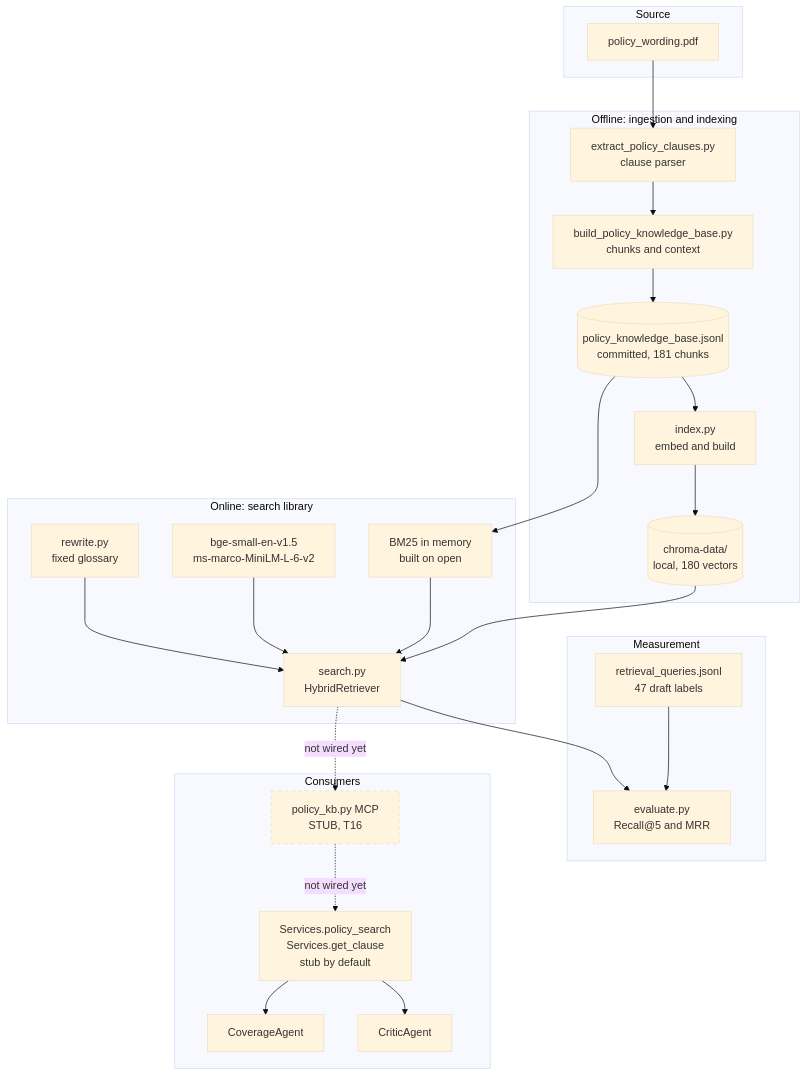
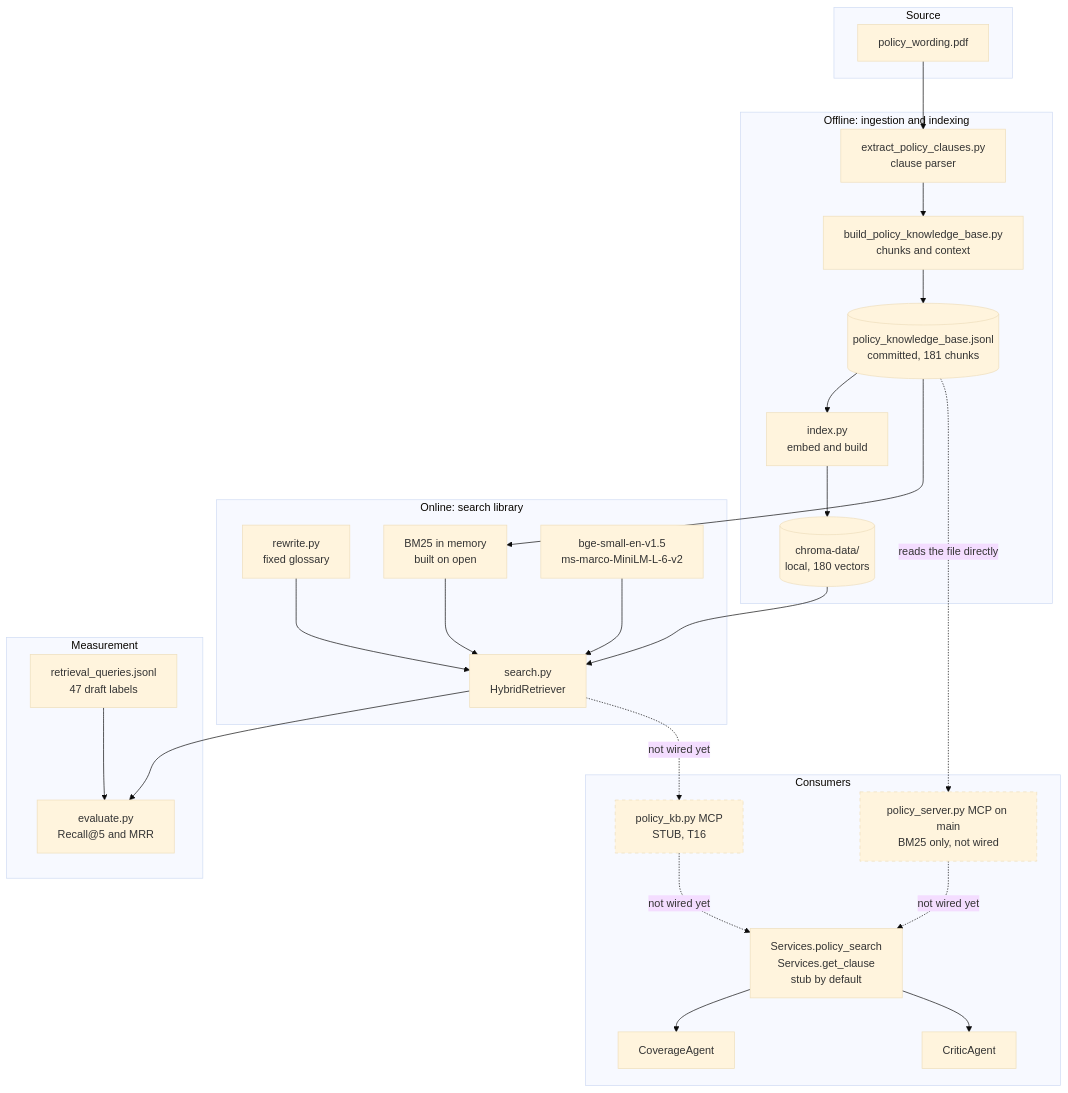
Before and after one commit to Sanjaymartolia/ClaimSense-Insurance: the first of 5 diagrams in docs/RAG_ARCHITECTURE_AND_IMPLEMENTATION.md, drawn with Mermaid (base theme). The commit also changed other lines of this file and 1 other file, not shown here.

First line of the commit message:
T09-T12: cover the new policy server in the RAG docs

````diff
--- a/docs/RAG_ARCHITECTURE_AND_IMPLEMENTATION.md
+++ b/docs/RAG_ARCHITECTURE_AND_IMPLEMENTATION.md
@@ -52,43 +52,46 @@
 ```mermaid
 flowchart TB
     subgraph SOURCE["Source"]
         PDF["policy_wording.pdf"]
     end
     subgraph OFFLINE["Offline: ingestion and indexing"]
         EXTRACT["extract_policy_clauses.py<br/>clause parser"]
         BUILD["build_policy_knowledge_base.py<br/>chunks and context"]
         KB[("policy_knowledge_base.jsonl<br/>committed, 181 chunks")]
         INDEX["index.py<br/>embed and build"]
         CHROMA[("chroma-data/<br/>local, 180 vectors")]
     end
     subgraph ONLINE["Online: search library"]
         REWRITE["rewrite.py<br/>fixed glossary"]
         HYBRID["search.py<br/>HybridRetriever"]
         BM25["BM25 in memory<br/>built on open"]
         MODELS["bge-small-en-v1.5<br/>ms-marco-MiniLM-L-6-v2"]
     end
     subgraph EVAL["Measurement"]
         LABELS["retrieval_queries.jsonl<br/>47 draft labels"]
         EVALUATE["evaluate.py<br/>Recall@5 and MRR"]
     end
     subgraph CONSUMERS["Consumers"]
         MCP["policy_kb.py MCP<br/>STUB, T16"]
+        PSERVER["policy_server.py MCP on main<br/>BM25 only, not wired"]
         SEAM["Services.policy_search<br/>Services.get_clause<br/>stub by default"]
         COVERAGE["CoverageAgent"]
         CRITIC["CriticAgent"]
     end
     PDF --> EXTRACT --> BUILD --> KB --> INDEX --> CHROMA
     KB --> BM25
     CHROMA --> HYBRID
     BM25 --> HYBRID
     MODELS --> HYBRID
     REWRITE --> HYBRID
     LABELS --> EVALUATE
     HYBRID --> EVALUATE
     HYBRID -.->|"not wired yet"| MCP
     MCP -.->|"not wired yet"| SEAM
+    KB -.->|"reads the file directly"| PSERVER
+    PSERVER -.->|"not wired yet"| SEAM
     SEAM --> COVERAGE
     SEAM --> CRITIC
     classDef pending stroke-dasharray: 5 5
-    class MCP pending
+    class MCP,PSERVER pending
 ```
````
